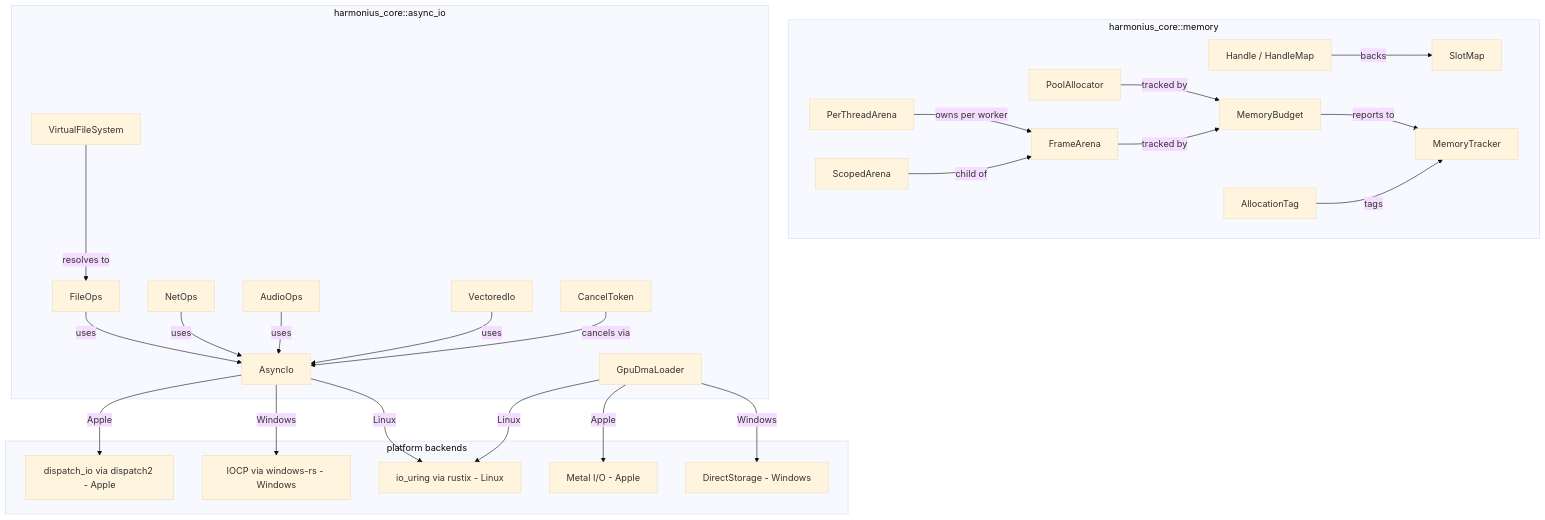
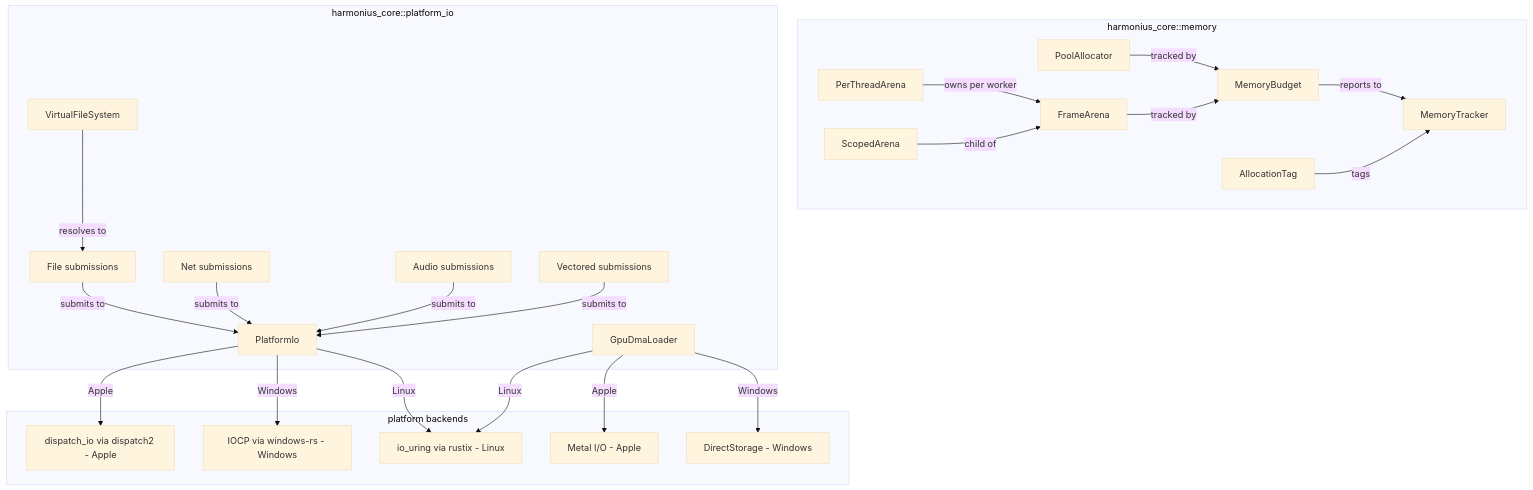
The first of 7 diagrams in docs/design/core-runtime/memory-async-io.md (harmonius-dev/harmonius), drawn with Mermaid (base theme) before and after one commit. The commit also changed other lines of this file and 143 other files, not shown here.

````diff
--- a/docs/design/core-runtime/memory-async-io.md
+++ b/docs/design/core-runtime/memory-async-io.md
@@ -93,54 +117,49 @@
 ```mermaid
 graph TD
     subgraph "harmonius_core::memory"
         PTA[PerThreadArena]
         FA[FrameArena]
         SA[ScopedArena]
         PA[PoolAllocator]
-        GH[Handle / HandleMap]
-        SM[SlotMap]
         MB[MemoryBudget]
         MT[MemoryTracker]
         AT[AllocationTag]
     end
 
-    subgraph "harmonius_core::async_io"
-        AI[AsyncIo]
+    subgraph "harmonius_core::platform_io"
+        PI[PlatformIo]
         VFS[VirtualFileSystem]
-        FIO[FileOps]
-        NIO[NetOps]
-        AIO[AudioOps]
-        VIO[VectoredIo]
-        CT[CancelToken]
+        FIO[File submissions]
+        NIO[Net submissions]
+        AIO[Audio submissions]
+        VIO[Vectored submissions]
         DMA[GpuDmaLoader]
     end
 
     subgraph "platform backends"
         IU[io_uring via rustix - Linux]
         IOCP[IOCP via windows-rs - Windows]
         GCD[dispatch_io via dispatch2 - Apple]
         DS[DirectStorage - Windows]
         MIO[Metal I/O - Apple]
     end
 
     PTA -->|owns per worker| FA
     SA -->|child of| FA
-    GH -->|backs| SM
     PA -->|tracked by| MB
     FA -->|tracked by| MB
     MB -->|reports to| MT
     AT -->|tags| MT
 
-    AI -->|Linux| IU
-    AI -->|Windows| IOCP
-    AI -->|Apple| GCD
+    PI -->|Linux| IU
+    PI -->|Windows| IOCP
+    PI -->|Apple| GCD
     DMA -->|Windows| DS
     DMA -->|Apple| MIO
     DMA -->|Linux| IU
-    FIO -->|uses| AI
-    NIO -->|uses| AI
-    AIO -->|uses| AI
-    VIO -->|uses| AI
-    CT -->|cancels via| AI
+    FIO -->|submits to| PI
+    NIO -->|submits to| PI
+    AIO -->|submits to| PI
+    VIO -->|submits to| PI
     VFS -->|resolves to| FIO
 ```
````
